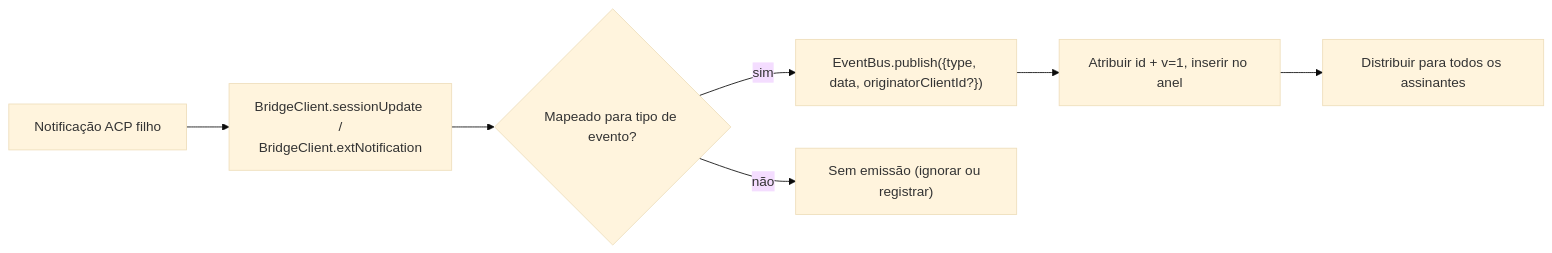
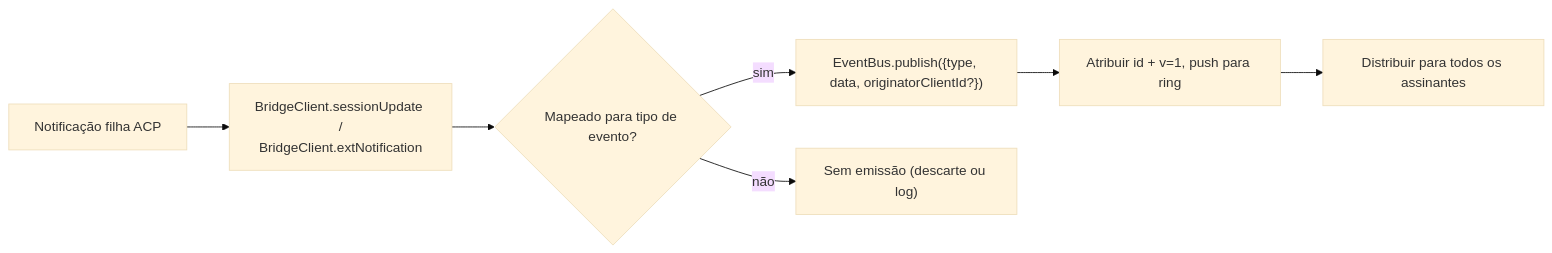
Before and after one commit to QwenLM/qwen-code-docs: the first of 2 diagrams in website/content/pt-BR/developers/daemon/09-event-schema.md, drawn with Mermaid (base theme). The commit also changed other lines of this file and 1077 other files, not shown here.

````diff
--- a/website/content/pt-BR/developers/daemon/09-event-schema.md
+++ b/website/content/pt-BR/developers/daemon/09-event-schema.md
@@ -164,9 +167,9 @@
 ```mermaid
 flowchart LR
-    A["Notificação ACP filho"] --> B["BridgeClient.sessionUpdate /<br/>BridgeClient.extNotification"]
+    A["Notificação filha ACP"] --> B["BridgeClient.sessionUpdate /<br/>BridgeClient.extNotification"]
     B --> C{"Mapeado para tipo de evento?"}
     C -->|sim| D["EventBus.publish({type, data, originatorClientId?})"]
-    C -->|não| E["Sem emissão (ignorar ou registrar)"]
-    D --> F["Atribuir id + v=1, inserir no anel"]
+    C -->|não| E["Sem emissão (descarte ou log)"]
+    D --> F["Atribuir id + v=1, push para ring"]
     F --> G["Distribuir para todos os assinantes"]
 ```
````
